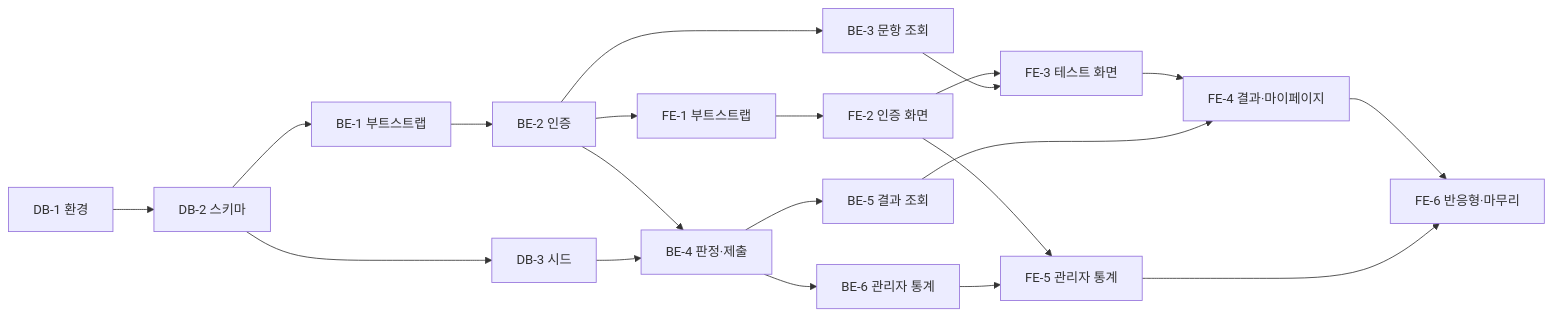
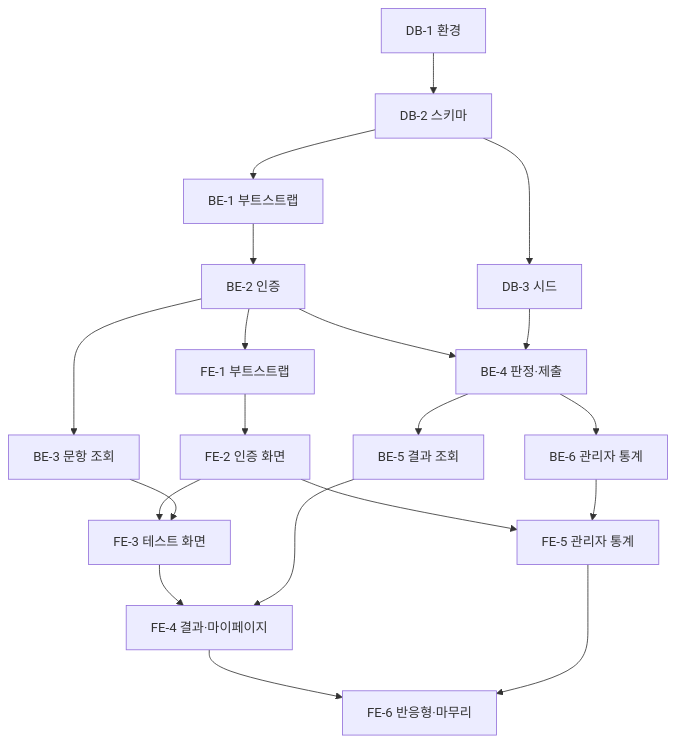
The diagram in docs/9-plan.md (zieun0127/b2b-promo), drawn with Mermaid before and after one commit. The commit also changed other lines of this file and 1 other file, not shown here.

````diff
--- a/docs/9-plan.md
+++ b/docs/9-plan.md
@@ -9,22 +9,22 @@
 ```mermaid
-flowchart LR
+flowchart TB
     D1[DB-1 환경] --> D2[DB-2 스키마]
     D2 --> D3[DB-3 시드]
     D2 --> B1[BE-1 부트스트랩]
     B1 --> B2[BE-2 인증]
     B2 --> B3[BE-3 문항 조회]
     B2 --> B4[BE-4 판정·제출]
     D3 --> B4
     B4 --> B5[BE-5 결과 조회]
     B4 --> B6[BE-6 관리자 통계]
     B2 --> F1[FE-1 부트스트랩]
     F1 --> F2[FE-2 인증 화면]
     F2 --> F3[FE-3 테스트 화면]
     B3 --> F3
     F3 --> F4[FE-4 결과·마이페이지]
     B5 --> F4
     F2 --> F5[FE-5 관리자 통계]
     B6 --> F5
     F4 --> F6[FE-6 반응형·마무리]
     F5 --> F6
 ```
````
